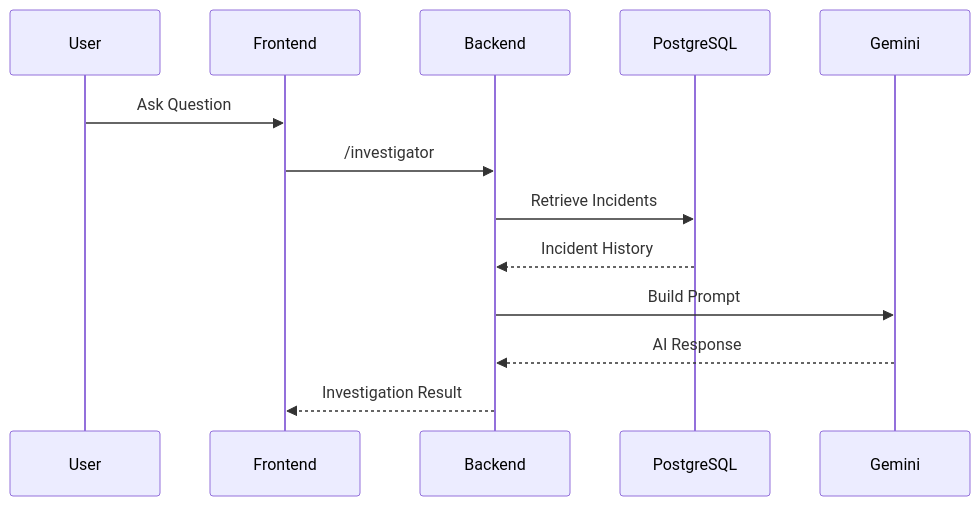
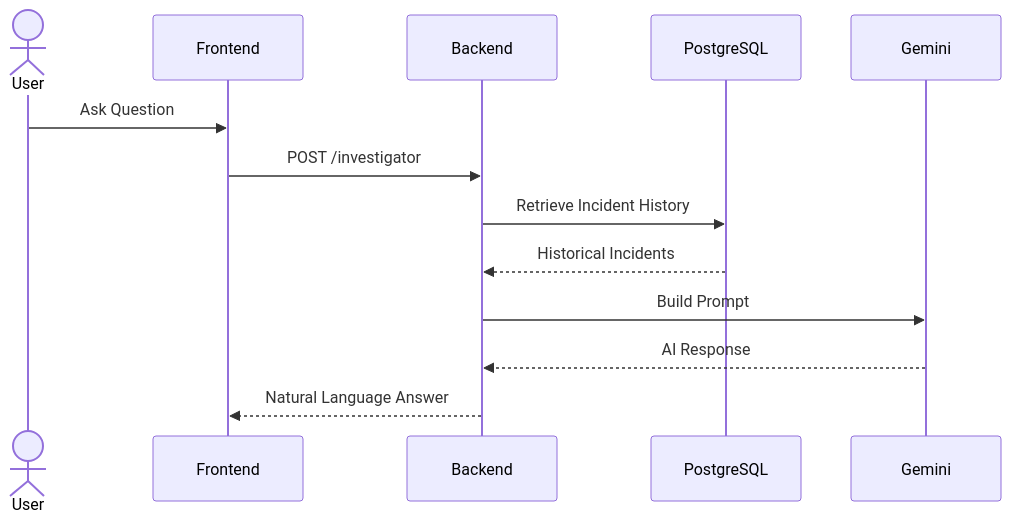
The fourth of 5 diagrams in README.md (ajaysathriai-afk/Drone-Sentinel-Agent), drawn with Mermaid before and after one commit. The commit also changed other lines of this file, not shown here.

````diff
--- a/README.md
+++ b/README.md
@@ -282,23 +318,27 @@
 ```mermaid
 sequenceDiagram
 
-participant User
+actor User
+
 participant Frontend
+
 participant Backend
+
 participant PostgreSQL
+
 participant Gemini
 
 User->>Frontend: Ask Question
 
-Frontend->>Backend: /investigator
+Frontend->>Backend: POST /investigator
 
-Backend->>PostgreSQL: Retrieve Incidents
+Backend->>PostgreSQL: Retrieve Incident History
 
-PostgreSQL-->>Backend: Incident History
+PostgreSQL-->>Backend: Historical Incidents
 
 Backend->>Gemini: Build Prompt
 
 Gemini-->>Backend: AI Response
 
-Backend-->>Frontend: Investigation Result
+Backend-->>Frontend: Natural Language Answer
 ```
````
